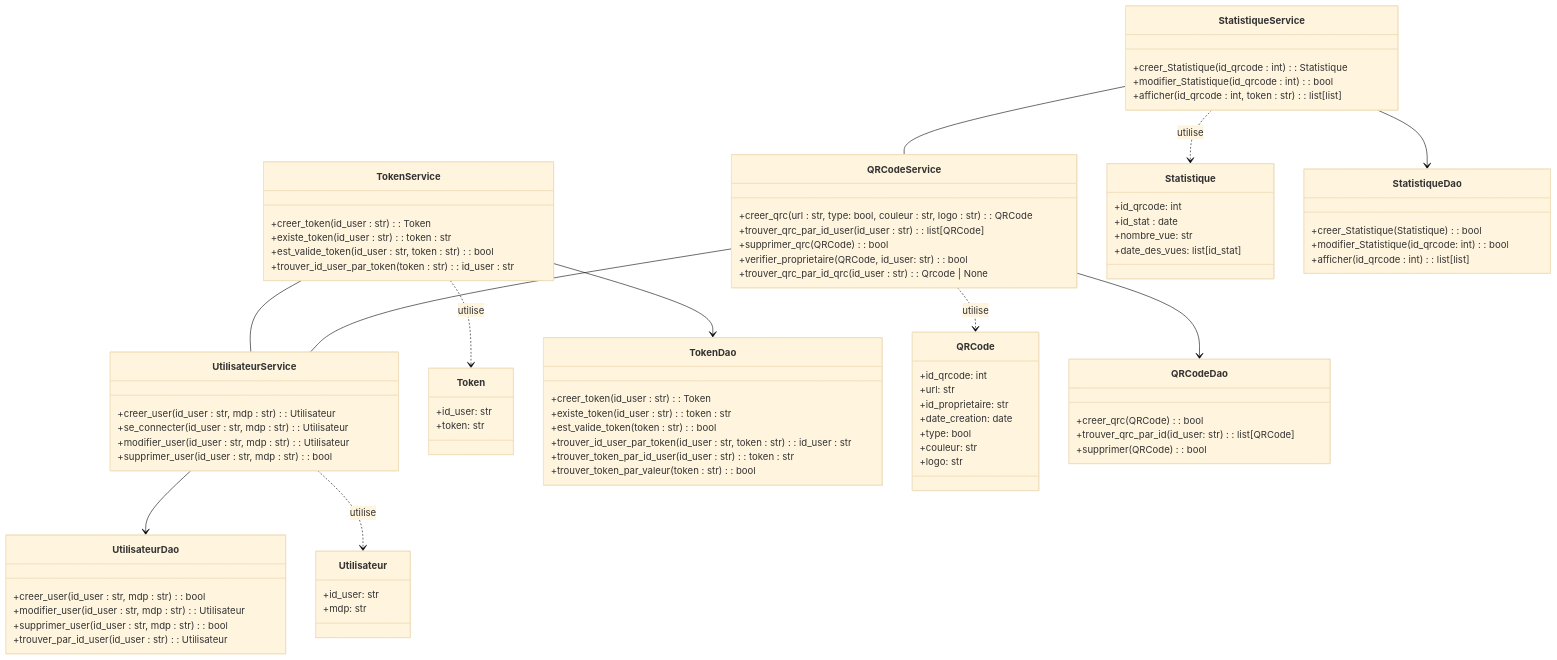
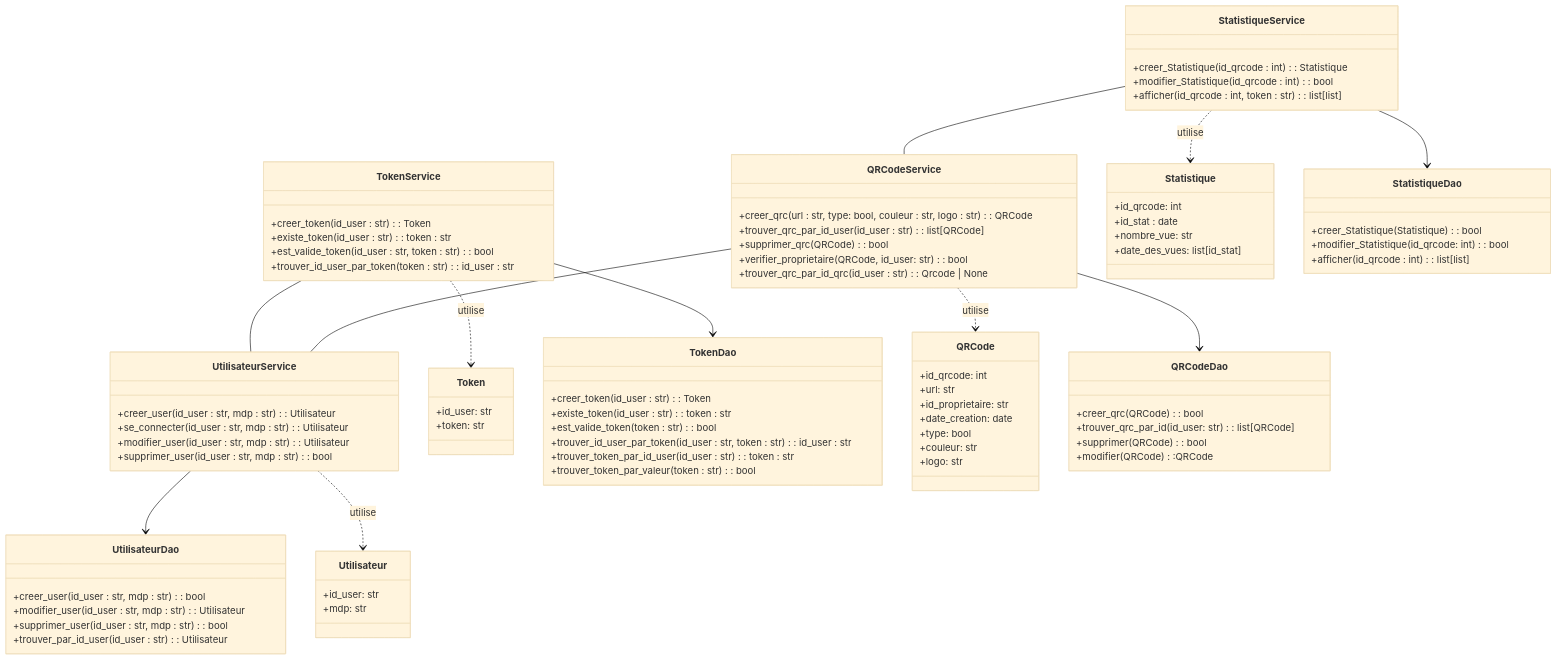
One commit to AdamLaporte/ENSAI-2A-projet-info-groupe-32 changed the diagram in doc/diagrammes/diag_activités/diag_classes/diag_classes_vf.md. Above: the diagram before and after it, drawn with Mermaid (base theme).

Commit message:
modif diag class

```diff
--- a/doc/diagrammes/diag_activités/diag_classes/diag_classes_vf.md
+++ b/doc/diagrammes/diag_activités/diag_classes/diag_classes_vf.md
@@ -81,6 +81,7 @@
         +creer_qrc(QRCode): bool
         +trouver_qrc_par_id(id_user: str): list[QRCode]
         +supprimer(QRCode): bool
+        +modifier(QRCode):QRCode
     }
     
 
```
